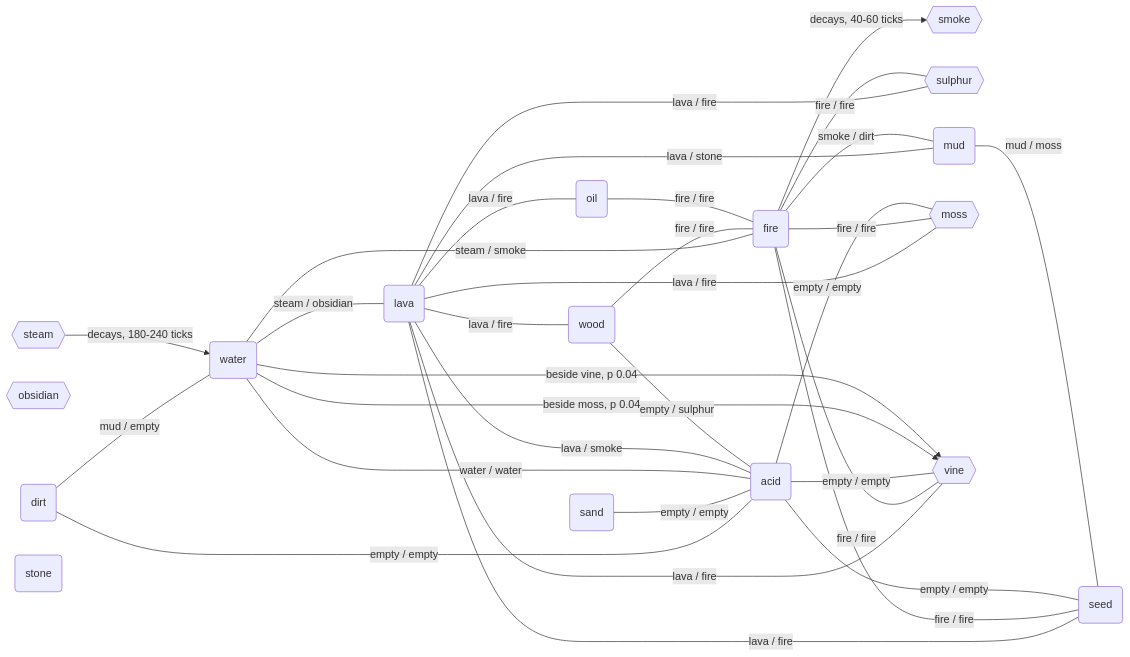
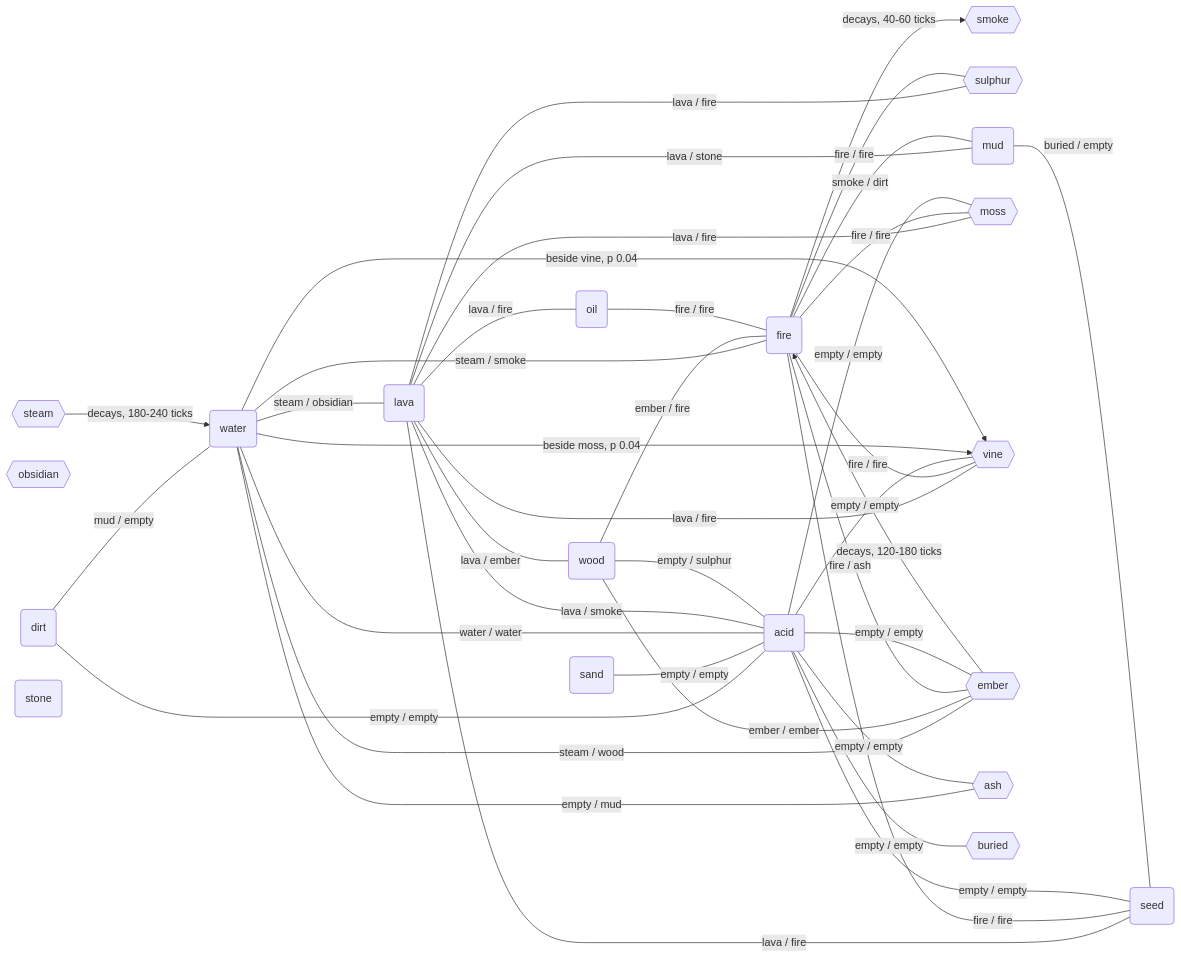
One commit to Ed-Barnes937/HomeOfEd changed the diagram in apps/silt/docs/interaction-graph.md. Above: the diagram before and after it, drawn with Mermaid. The commit also changed other lines of this file and 12 other files, not shown here.

````diff
--- a/apps/silt/docs/interaction-graph.md
+++ b/apps/silt/docs/interaction-graph.md
@@ -26,56 +26,67 @@
 ```mermaid
 graph LR
   dirt("dirt")
   sand("sand")
   water("water")
   lava("lava")
   obsidian{{"obsidian"}}
   wood("wood")
   oil("oil")
   fire("fire")
   smoke{{"smoke"}}
   steam{{"steam"}}
   acid("acid")
   stone("stone")
   sulphur{{"sulphur"}}
   mud("mud")
   seed("seed")
   moss{{"moss"}}
   vine{{"vine"}}
+  ember{{"ember"}}
+  ash{{"ash"}}
+  buried{{"buried"}}
 
   %% reactions
   dirt ---|"mud / empty"| water
   dirt ---|"empty / empty"| acid
   sand ---|"empty / empty"| acid
   water ---|"steam / obsidian"| lava
   water ---|"steam / smoke"| fire
   water ---|"water / water"| acid
-  lava ---|"lava / fire"| wood
+  water ---|"steam / wood"| ember
+  water ---|"empty / mud"| ash
+  lava ---|"lava / ember"| wood
   lava ---|"lava / fire"| oil
   lava ---|"lava / smoke"| acid
   lava ---|"lava / fire"| sulphur
   lava ---|"lava / stone"| mud
   lava ---|"lava / fire"| seed
   lava ---|"lava / fire"| moss
   lava ---|"lava / fire"| vine
-  wood ---|"fire / fire"| fire
+  wood ---|"ember / fire"| fire
   wood ---|"empty / sulphur"| acid
+  wood ---|"ember / ember"| ember
   oil ---|"fire / fire"| fire
   fire ---|"fire / fire"| sulphur
   fire ---|"smoke / dirt"| mud
   fire ---|"fire / fire"| seed
   fire ---|"fire / fire"| moss
   fire ---|"fire / fire"| vine
+  fire ---|"fire / ash"| ember
   acid ---|"empty / empty"| seed
   acid ---|"empty / empty"| moss
   acid ---|"empty / empty"| vine
-  mud ---|"mud / moss"| seed
+  acid ---|"empty / empty"| ember
+  acid ---|"empty / empty"| ash
+  acid ---|"empty / empty"| buried
+  mud ---|"buried / empty"| seed
 
   %% decay
   fire -->|"decays, 40-60 ticks"| smoke
   steam -->|"decays, 180-240 ticks"| water
+  ember -->|"decays, 120-180 ticks"| fire
 
   %% growth
   water -->|"beside moss, p 0.04"| vine
   water -->|"beside vine, p 0.04"| vine
 ```
````
